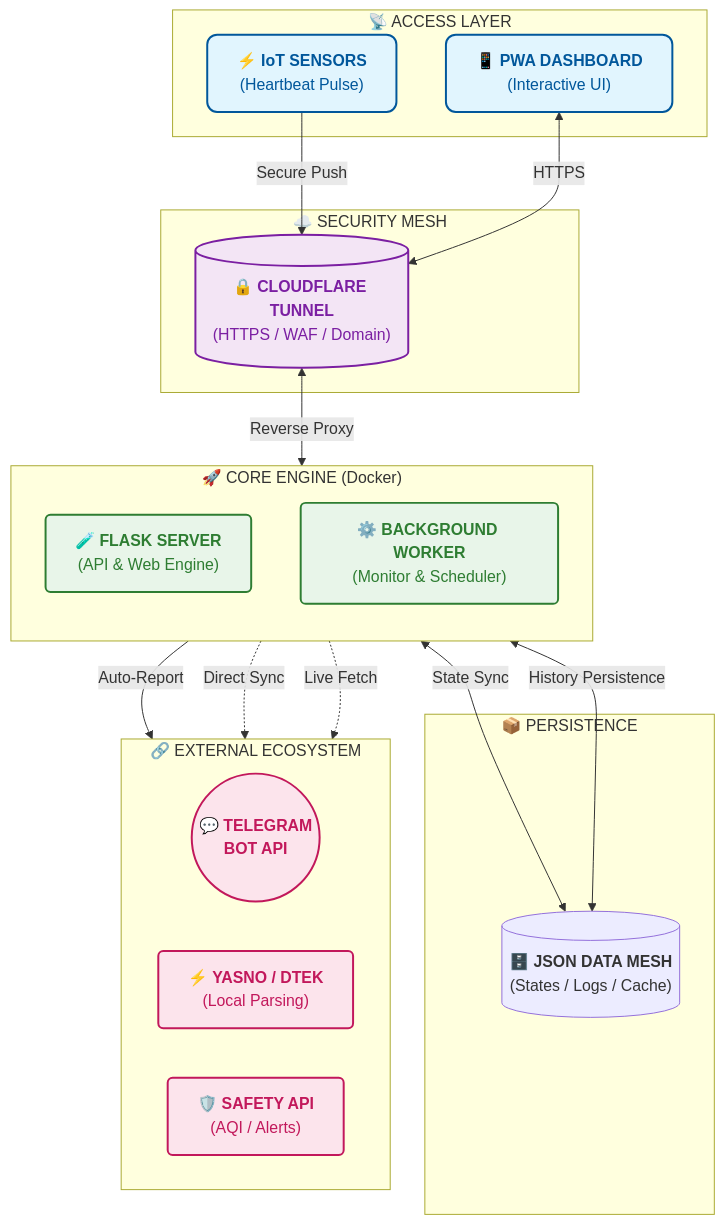
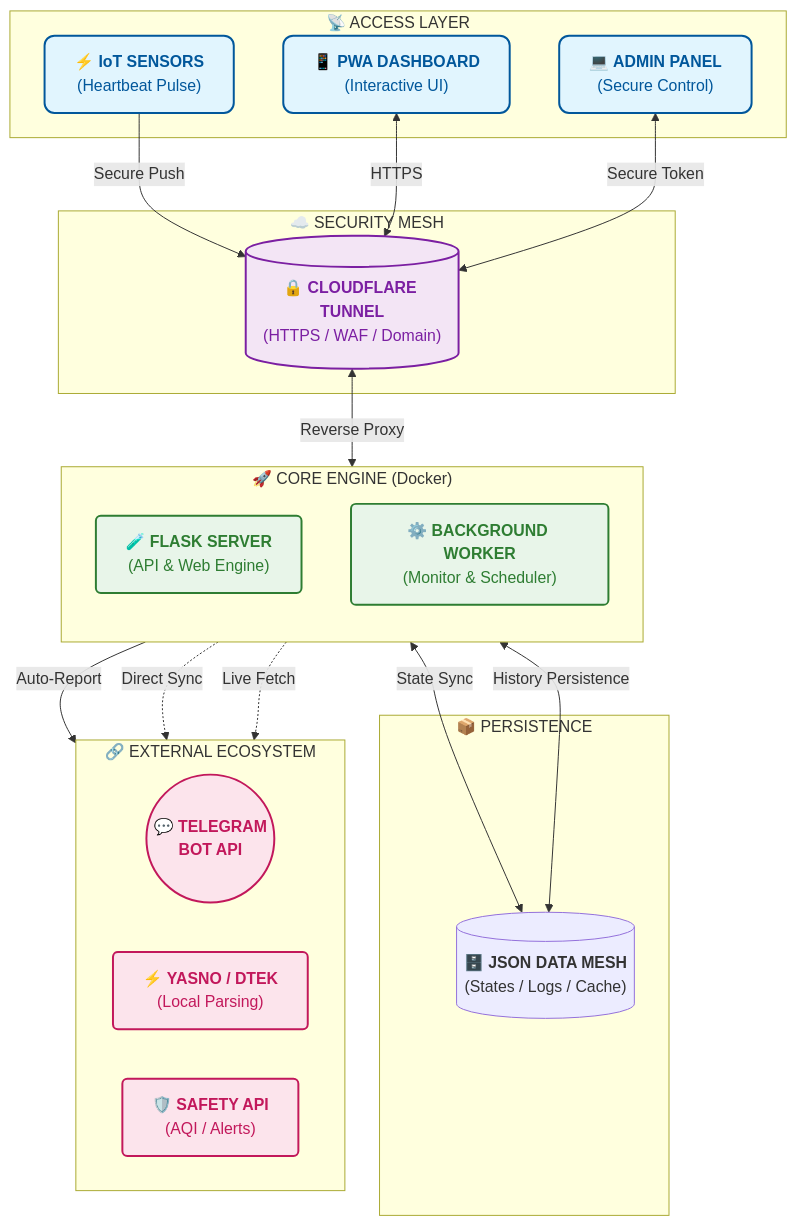
One commit to weby-homelab/flash-monitor-kyiv changed the diagram in README.md. Above: the diagram before and after it, drawn with Mermaid. The commit also changed other lines of this file and 1 other file, not shown here.

Commit message:
Docs: Update project description and Mermaid architecture for v2.0.1

````diff
--- a/README.md
+++ b/README.md
@@ -90,59 +90,61 @@
 ```mermaid
 flowchart TD
     %% -- Style Definitions --
     classDef access fill:#e1f5fe,stroke:#01579b,stroke-width:2px,color:#01579b,rx:10,ry:10
     classDef network fill:#f3e5f5,stroke:#7b1fa2,stroke-width:2px,color:#7b1fa2,rx:5,ry:5
     classDef core fill:#e8f5e9,stroke:#2e7d32,stroke-width:2px,color:#2e7d32,rx:5,ry:5
     classDef data fill:#fff3e0,stroke:#e65100,stroke-width:2px,color:#e65100,rx:10,ry:10
     classDef external fill:#fce4ec,stroke:#c2185b,stroke-width:2px,color:#c2185b,rx:5,ry:5
 
     %% -- Access Layer --
     subgraph Access ["📡 ACCESS LAYER"]
         IoT["⚡ <b>IoT SENSORS</b><br/>(Heartbeat Pulse)"]
         PWA["📱 <b>PWA DASHBOARD</b><br/>(Interactive UI)"]
+        ADM["💻 <b>ADMIN PANEL</b><br/>(Secure Control)"]
     end
 
     %% -- Network Layer --
     subgraph Network ["☁️ SECURITY MESH"]
         CF[("🔒 <b>CLOUDFLARE TUNNEL</b><br/>(HTTPS / WAF / Domain)")]
     end
 
     %% -- Core Engine --
     subgraph Core ["🚀 CORE ENGINE (Docker)"]
         direction TB
         WEB["🧪 <b>FLASK SERVER</b><br/>(API & Web Engine)"]
         WORKER["⚙️ <b>BACKGROUND WORKER</b><br/>(Monitor & Scheduler)"]
     end
 
     %% -- Data Layer --
     subgraph Storage ["📦 PERSISTENCE"]
         JSON[("🗄️ <b>JSON DATA MESH</b><br/>(States / Logs / Cache)")]
     end
 
     %% -- External Ecosystem --
     subgraph Integration ["🔗 EXTERNAL ECOSYSTEM"]
         direction LR
         TG(("💬 <b>TELEGRAM<br/>BOT API</b>"))
         DTEK["⚡ <b>YASNO / DTEK</b><br/>(Local Parsing)"]
         SAFE["🛡️ <b>SAFETY API</b><br/>(AQI / Alerts)"]
     end
 
     %% -- Connections --
     IoT -->|Secure Push| CF
     PWA <-->|HTTPS| CF
+    ADM <-->|Secure Token| CF
     CF <-->|Reverse Proxy| WEB
     
     WEB <-->|State Sync| JSON
     WORKER <-->|History Persistence| JSON
     
     WORKER -->|Auto-Report| TG
     WORKER -.->|Direct Sync| DTEK
     WEB -.->|Live Fetch| SAFE
 
     %% -- Applying Styles --
-    class IoT,PWA access
+    class IoT,PWA,ADM access
     class CF network
     class WEB,WORKER core
     class JSON storage
     class TG,DTEK,SAFE external
 ```
````
